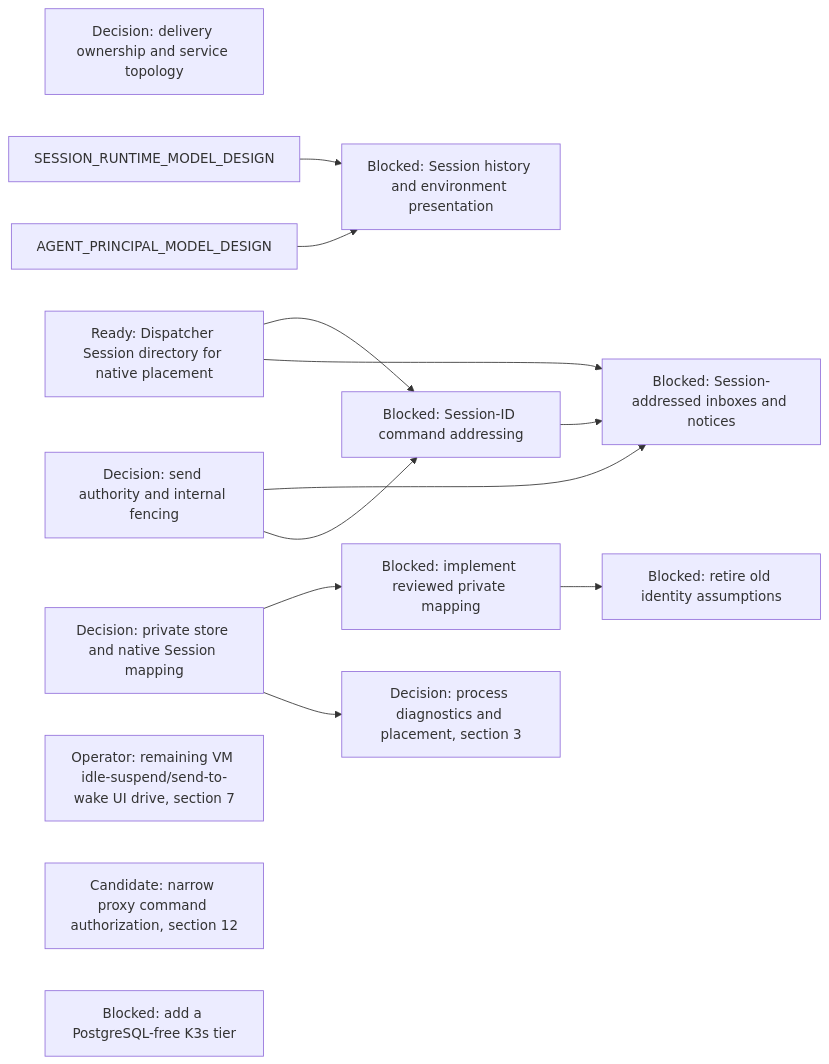
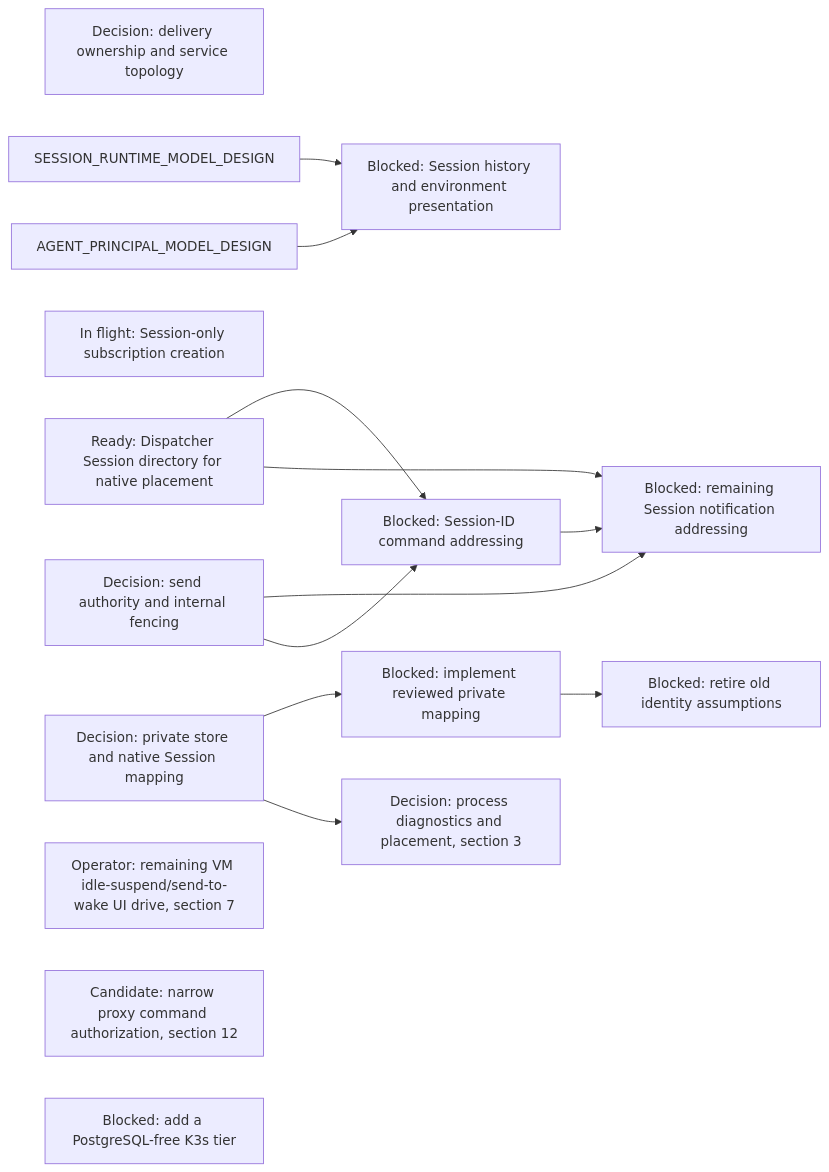
Before and after one commit to agentydragon/ducktape: diagram 15 of 18 in agentplane/plans/task_dag.md, drawn with Mermaid. The commit also changed other lines of this file and 1 other file, not shown here.

Commit message:
Split completed notification reads from remaining addressing

````diff
--- a/agentplane/plans/task_dag.md
+++ b/agentplane/plans/task_dag.md
@@ -2050,26 +2050,27 @@
 ```mermaid
 flowchart LR
     DISPATCHER_PERSISTENCE_MODEL_DESIGN[Decision: delivery ownership and service topology]
     SESSION_DIRECTORY_NATIVE[Ready: Dispatcher Session directory for native placement]
     DELIVERY_DESTINATION_AUTHORITY_DESIGN[Decision: send authority and internal fencing]
     DELIVERY_DESTINATION_CONTRACT[Blocked: Session-ID command addressing]
-    SESSION_NOTIFICATION_ADDRESS[Blocked: Session-addressed inboxes and notices]
+    SESSION_SUBSCRIPTION_ADDRESS[In flight: Session-only subscription creation]
+    SESSION_NOTIFICATION_ADDRESS[Blocked: remaining Session notification addressing]
     SESSION_HISTORY_PRESENTATION[Blocked: Session history and environment presentation]
     SESSION_DIRECTORY_NATIVE --> DELIVERY_DESTINATION_CONTRACT
     SESSION_DIRECTORY_NATIVE --> SESSION_NOTIFICATION_ADDRESS
     DELIVERY_DESTINATION_AUTHORITY_DESIGN --> SESSION_NOTIFICATION_ADDRESS
     DELIVERY_DESTINATION_CONTRACT --> SESSION_NOTIFICATION_ADDRESS
     SESSION_RUNTIME_MODEL_DESIGN --> SESSION_HISTORY_PRESENTATION
     AGENT_PRINCIPAL_MODEL_DESIGN --> SESSION_HISTORY_PRESENTATION
     HARNESS_IDENTITY_DESIGN[Decision: private store and native Session mapping]
     RUNNER_STORE_SESSION_IDENTITY[Blocked: implement reviewed private mapping]
     RUNNER_IDENTITY_LEGACY_CLEANUP[Blocked: retire old identity assumptions]
     IDLE_SUSPEND_UI_DRIVE[Operator: remaining VM idle-suspend/send-to-wake UI drive, section 7]
     PROXY_START_METHODS_DISPATCHER_ONLY[Candidate: narrow proxy command authorization, section 12]
     RUNNER_HARNESS_OBJECTS_DESIGN[Decision: process diagnostics and placement, section 3]
     CNPG_FREE_K3S_INTEGRATION_TIER[Blocked: add a PostgreSQL-free K3s tier]
     DELIVERY_DESTINATION_AUTHORITY_DESIGN --> DELIVERY_DESTINATION_CONTRACT
     RUNNER_STORE_SESSION_IDENTITY --> RUNNER_IDENTITY_LEGACY_CLEANUP
     HARNESS_IDENTITY_DESIGN --> RUNNER_STORE_SESSION_IDENTITY
     HARNESS_IDENTITY_DESIGN --> RUNNER_HARNESS_OBJECTS_DESIGN
 ```
````
